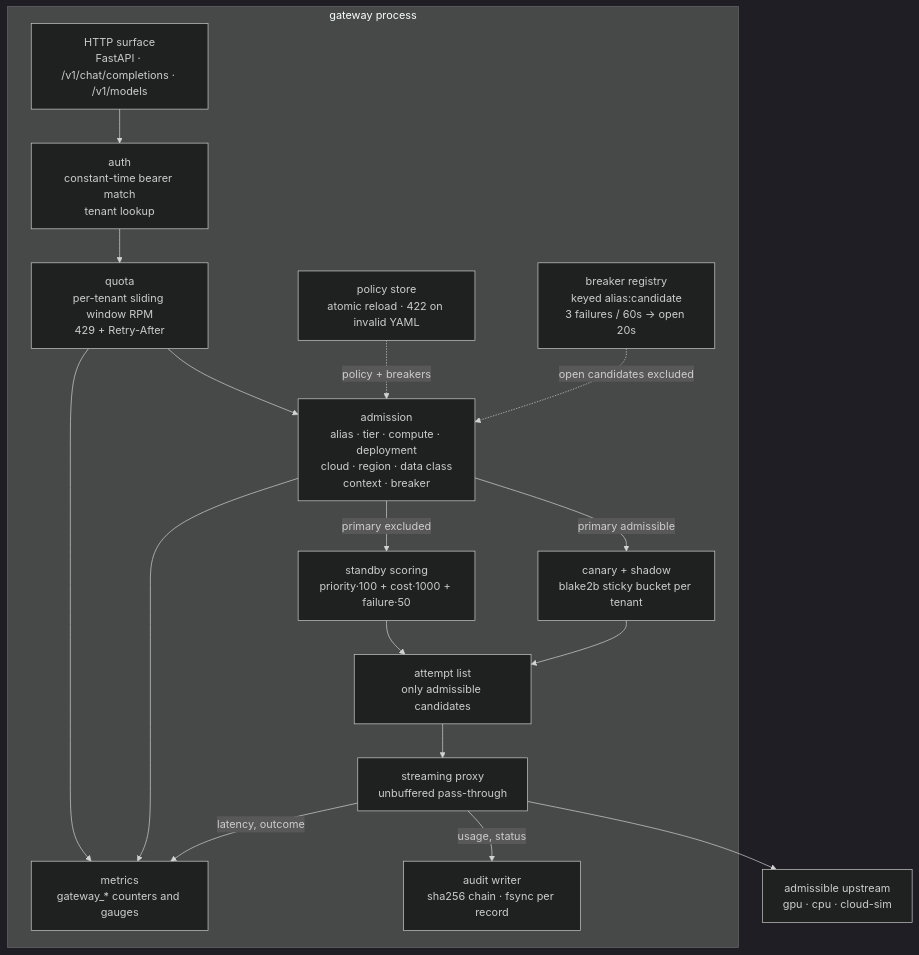
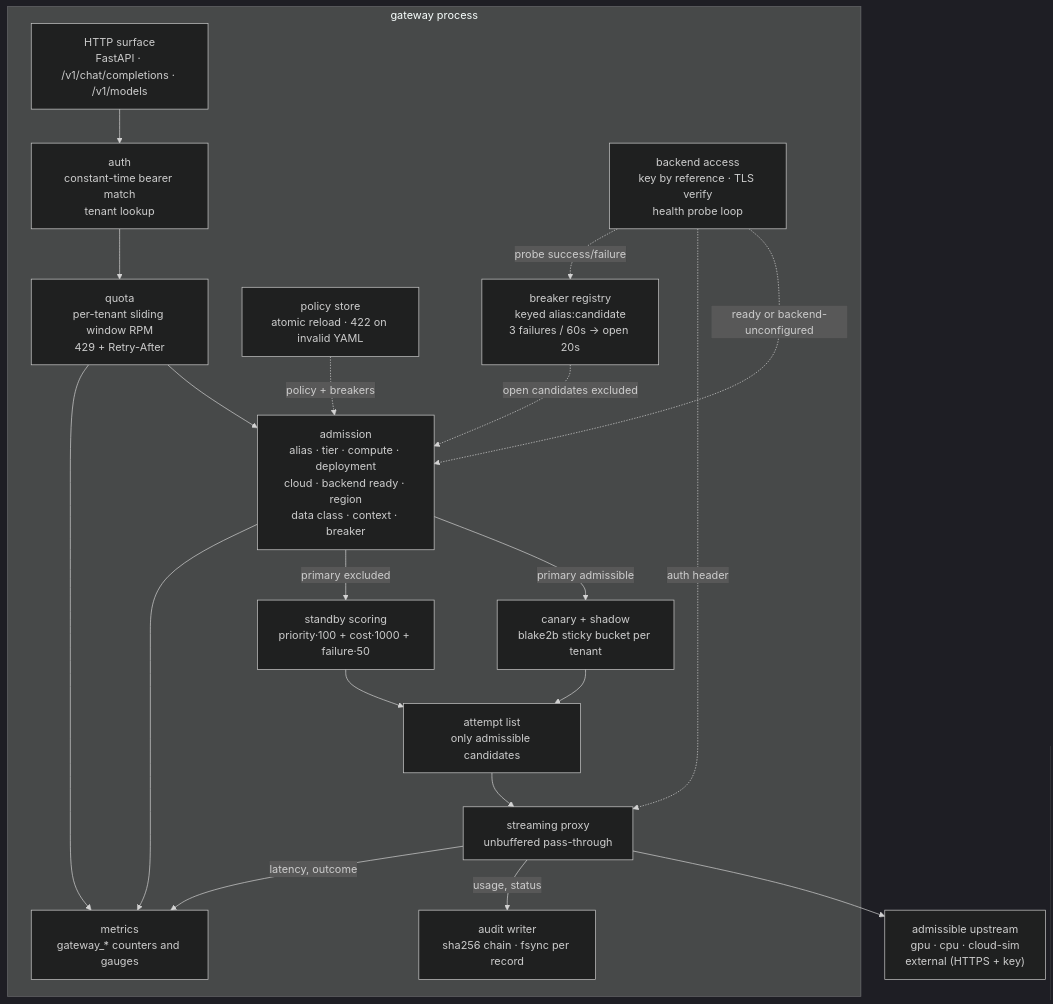
The third of 6 diagrams in docs/architecture/c4.md (mahi80/SLM-FIne-Tuned-Inference), drawn with Mermaid (dark theme) before and after one commit. The commit also changed other lines of this file and 23 other files, not shown here.

First line of the commit message:
Route to external backends by key reference, behind TLS and an opt-in egress rule

````diff
--- a/docs/architecture/c4.md
+++ b/docs/architecture/c4.md
@@ -122,32 +122,36 @@
 ```mermaid
 flowchart TB
   subgraph GW["gateway process"]
     HTTP["HTTP surface<br/>FastAPI · /v1/chat/completions · /v1/models"]
     AUTH["auth<br/>constant-time bearer match<br/>tenant lookup"]
     QUOTA["quota<br/>per-tenant sliding window RPM<br/>429 + Retry-After"]
     POL["policy store<br/>atomic reload · 422 on invalid YAML"]
-    ADM["admission<br/>alias · tier · compute · deployment<br/>cloud · region · data class<br/>context · breaker"]
+    ADM["admission<br/>alias · tier · compute · deployment<br/>cloud · backend ready · region<br/>data class · context · breaker"]
     CAN["canary + shadow<br/>blake2b sticky bucket per tenant"]
     SCORE["standby scoring<br/>priority·100 + cost·1000 + failure·50"]
     BRK["breaker registry<br/>keyed alias:candidate<br/>3 failures / 60s → open 20s"]
     ATT["attempt list<br/>only admissible candidates"]
     PROXY["streaming proxy<br/>unbuffered pass-through"]
+    KEYS["backend access<br/>key by reference · TLS verify<br/>health probe loop"]
     AUD["audit writer<br/>sha256 chain · fsync per record"]
     MET["metrics<br/>gateway_* counters and gauges"]
   end
 
-  UP["admissible upstream<br/>gpu · cpu · cloud-sim"]
+  UP["admissible upstream<br/>gpu · cpu · cloud-sim<br/>external (HTTPS + key)"]
 
   HTTP --> AUTH --> QUOTA --> ADM
   POL -.->|"policy + breakers"| ADM
   BRK -.->|"open candidates excluded"| ADM
+  KEYS -.->|"ready or backend-unconfigured"| ADM
+  KEYS -.->|"auth header"| PROXY
+  KEYS -.->|"probe success/failure"| BRK
   ADM -->|"primary admissible"| CAN
   ADM -->|"primary excluded"| SCORE
   CAN --> ATT
   SCORE --> ATT
   ATT --> PROXY --> UP
   PROXY -->|"usage, status"| AUD
   PROXY -->|"latency, outcome"| MET
   QUOTA --> MET
   ADM --> MET
 ```
````
